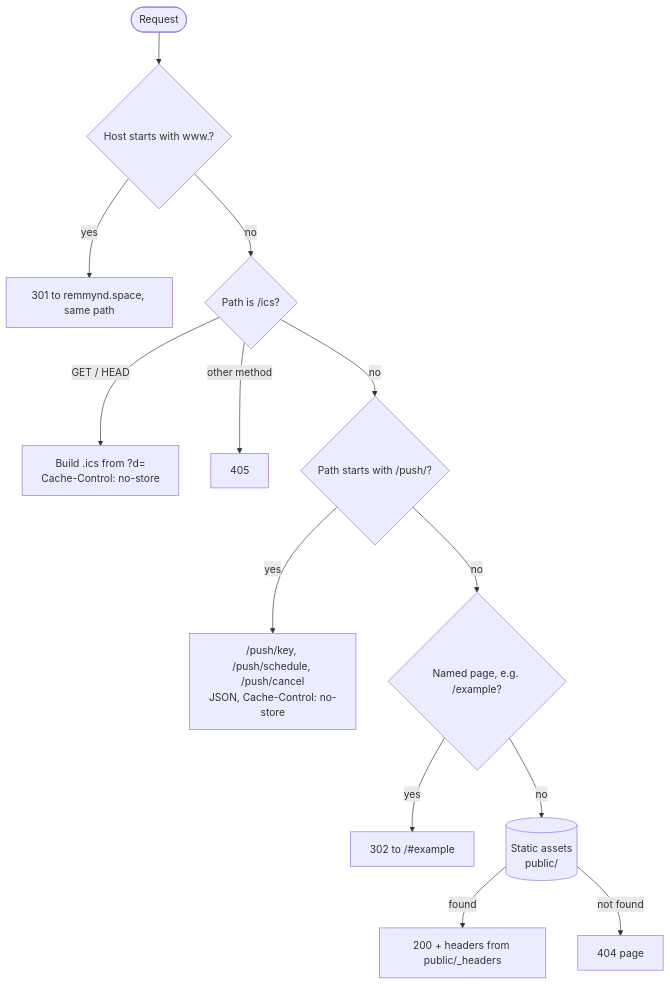
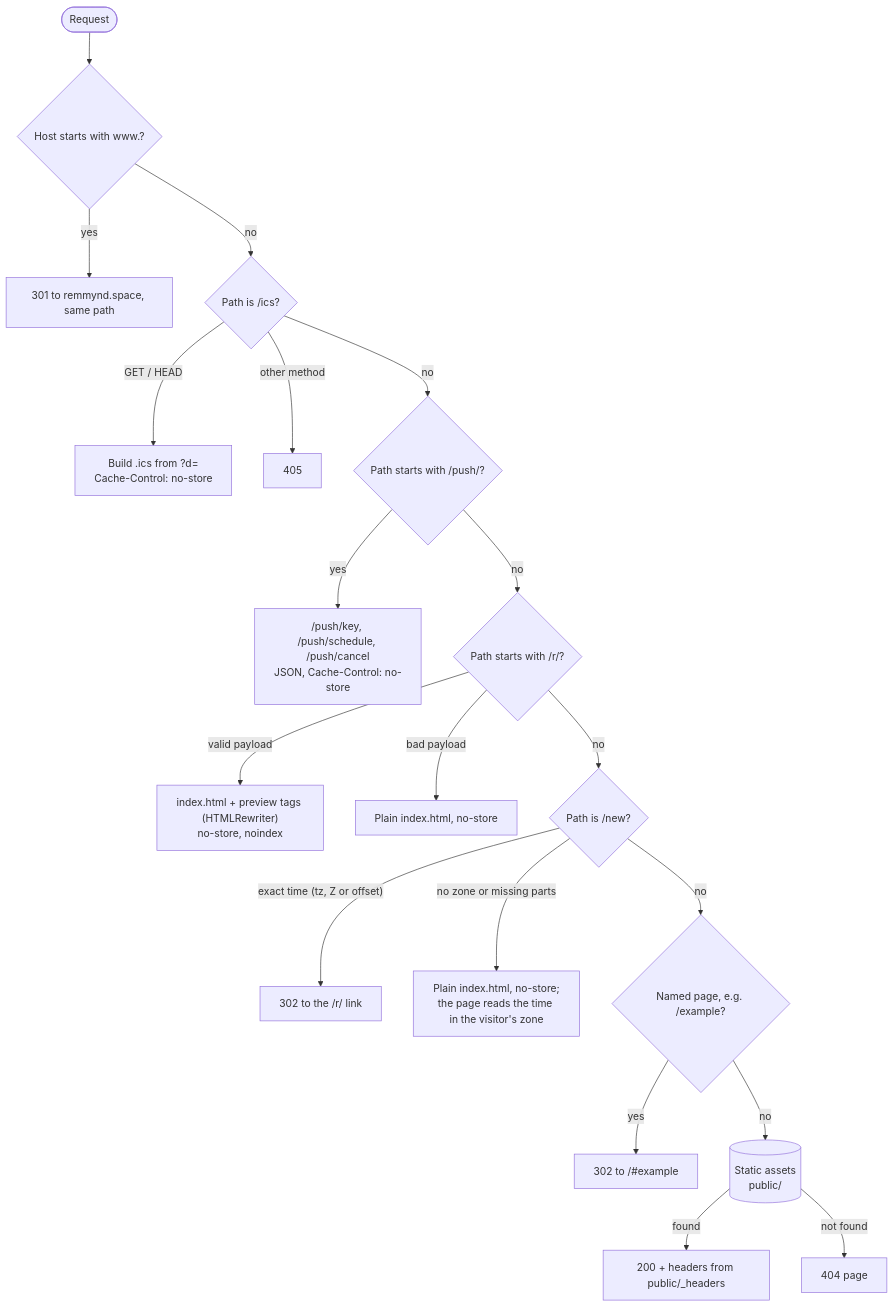
The third of 4 diagrams in docs/ARCHITECTURE.md (Remmynd/remmynd), drawn with Mermaid before and after one commit. The commit also changed other lines of this file and 12 other files, not shown here.

````diff
--- a/docs/ARCHITECTURE.md
+++ b/docs/ARCHITECTURE.md
@@ -101,15 +115,21 @@
 ```mermaid
 flowchart TD
     R([Request]) --> W{Host starts with www.?}
     W -- yes --> RW[301 to remmynd.space, same path]
     W -- no --> I{Path is /ics?}
     I -- "GET / HEAD" --> ICS["Build .ics from ?d=<br/>Cache-Control: no-store"]
     I -- other method --> M405[405]
     I -- no --> PU{Path starts with /push/?}
     PU -- yes --> PR["/push/key, /push/schedule, /push/cancel<br/>JSON, Cache-Control: no-store"]
-    PU -- no --> P{Named page, e.g. /example?}
+    PU -- no --> SR{Path starts with /r/?}
+    SR -- "valid payload" --> PV["index.html + preview tags (HTMLRewriter)<br/>no-store, noindex"]
+    SR -- "bad payload" --> SH["Plain index.html, no-store"]
+    SR -- no --> NW{Path is /new?}
+    NW -- "exact time (tz, Z or offset)" --> RN["302 to the /r/ link"]
+    NW -- "no zone or missing parts" --> SN["Plain index.html, no-store;<br/>the page reads the time in the visitor's zone"]
+    NW -- no --> P{Named page, e.g. /example?}
     P -- yes --> RP["302 to /#example"]
     P -- no --> A[(Static assets<br/>public/)]
     A -- found --> OK[200 + headers from public/_headers]
     A -- not found --> NF[404 page]
 ```
````
